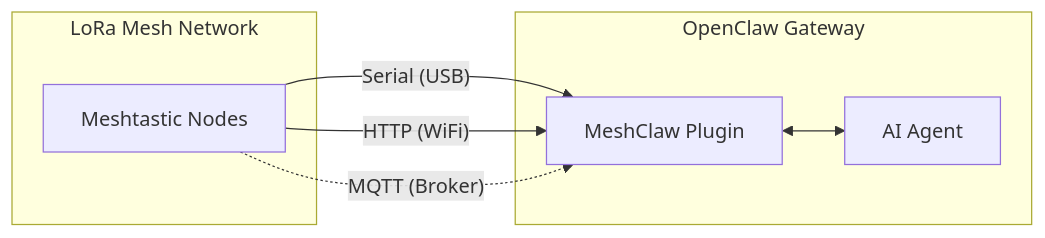
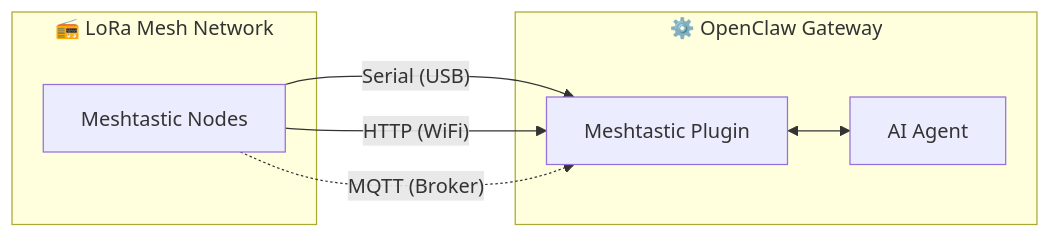
The diagram in README.md (Seeed-Solution/MeshClaw), drawn with Mermaid before and after one commit. The commit also changed other lines of this file and 1 other file, not shown here.

````diff
--- a/README.md
+++ b/README.md
@@ -93,14 +47,14 @@
 ```mermaid
 flowchart LR
-    subgraph mesh ["LoRa Mesh Network"]
+    subgraph mesh ["📻 LoRa Mesh Network"]
         N["Meshtastic Nodes"]
     end
-    subgraph gw ["OpenClaw Gateway"]
-        P["MeshClaw Plugin"]
+    subgraph gw ["⚙️ OpenClaw Gateway"]
+        P["Meshtastic Plugin"]
         AI["AI Agent"]
     end
     N -- "Serial (USB)" --> P
     N -- "HTTP (WiFi)" --> P
     N -. "MQTT (Broker)" .-> P
     P <--> AI
 ```
````
